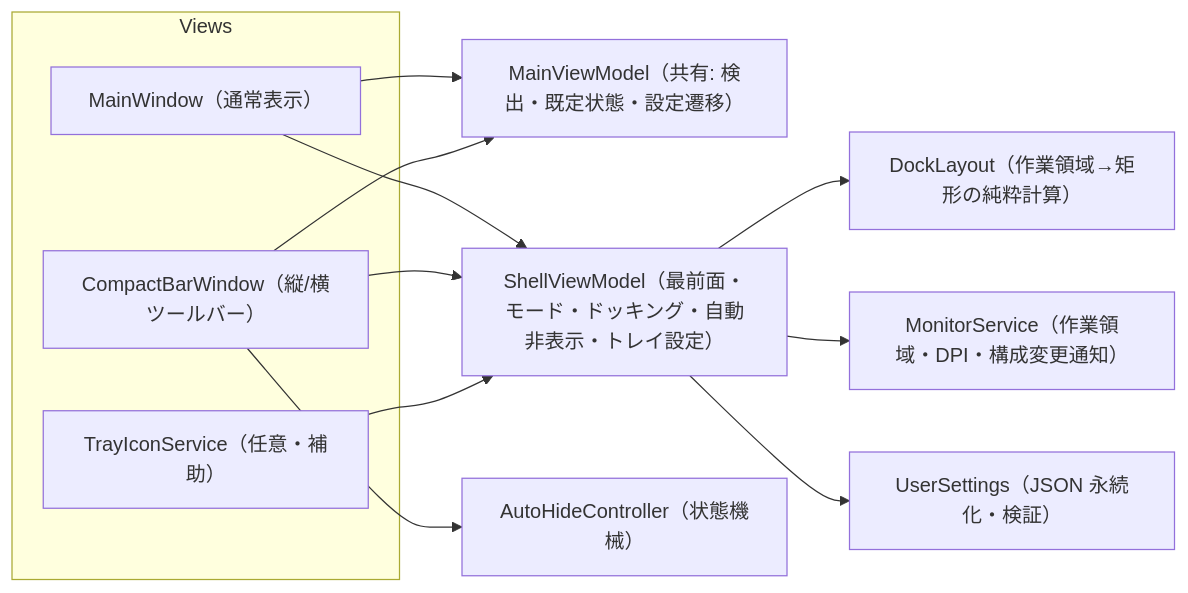
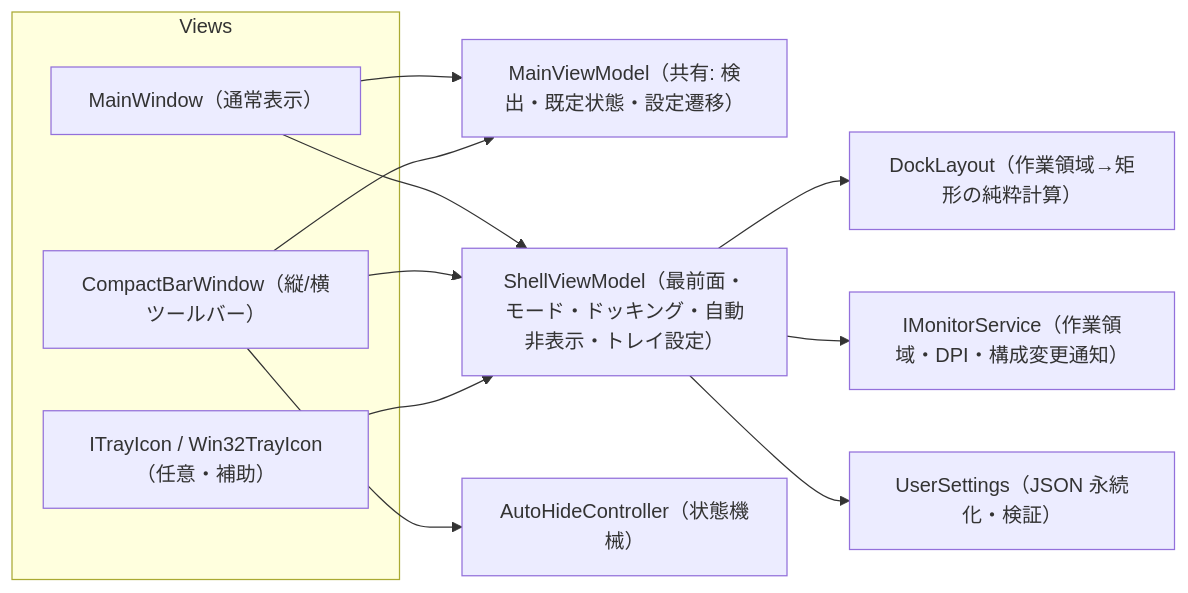
Before and after one commit to tlzs-oss/browserflip: the first of 2 diagrams in docs/backlog.md, drawn with Mermaid. The commit also changed other lines of this file and 9 other files, not shown here.

````diff
--- a/docs/backlog.md
+++ b/docs/backlog.md
@@ -32,24 +35,24 @@
 ```mermaid
 flowchart LR
     subgraph Views
         MW["MainWindow（通常表示）"]
         CB["CompactBarWindow（縦/横ツールバー）"]
-        TI["TrayIconService（任意・補助）"]
+        TI["ITrayIcon / Win32TrayIcon（任意・補助）"]
     end
     VM["MainViewModel（共有: 検出・既定状態・設定遷移）"]
     SH["ShellViewModel（最前面・モード・ドッキング・自動非表示・トレイ設定）"]
     AH["AutoHideController（状態機械）"]
     DL["DockLayout（作業領域→矩形の純粋計算）"]
-    MON["MonitorService（作業領域・DPI・構成変更通知）"]
+    MON["IMonitorService（作業領域・DPI・構成変更通知）"]
     US["UserSettings（JSON 永続化・検証）"]
 
     MW --> VM
     CB --> VM
     MW --> SH
     CB --> SH
     TI --> SH
     CB --> AH
     SH --> DL
     SH --> MON
     SH --> US
 ```
````
